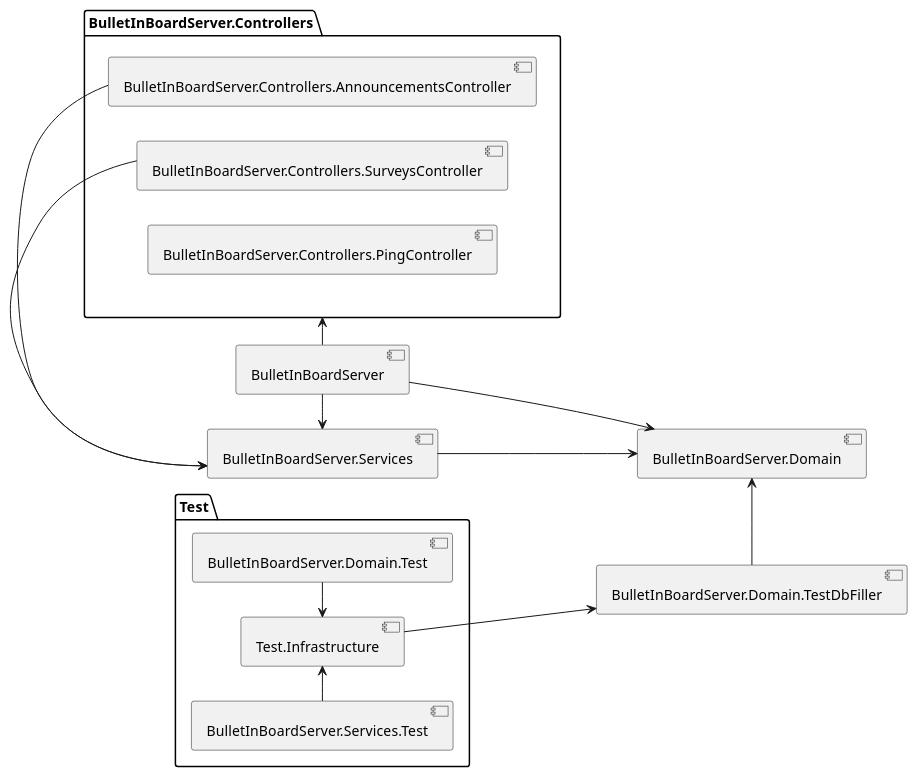
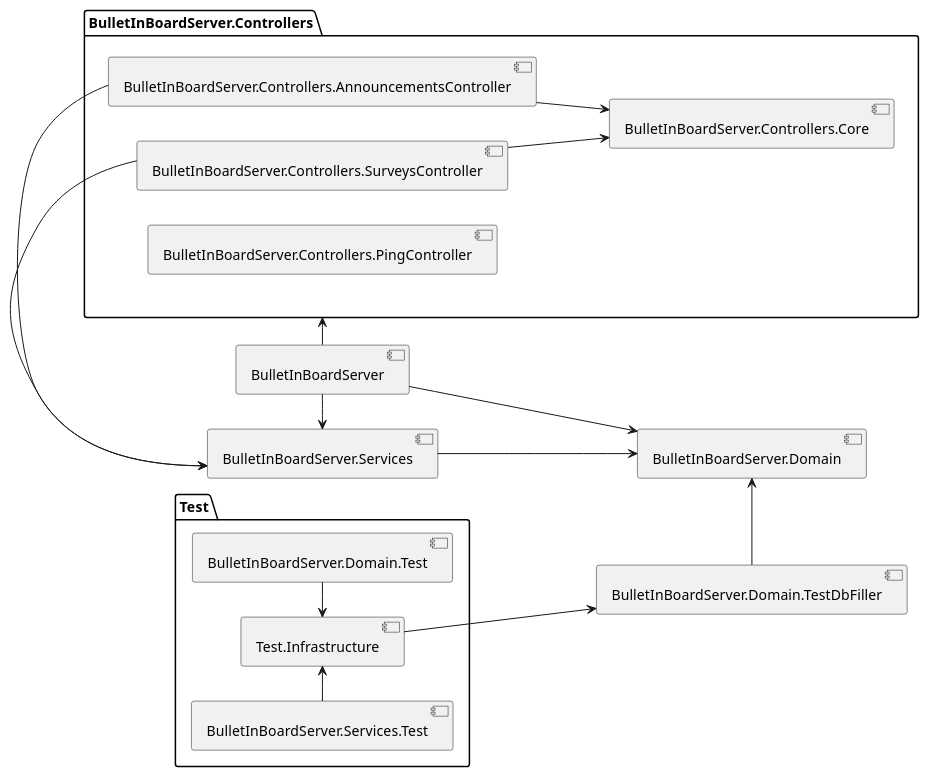
The diagram in src/BulletInBoardServer/BulletInBoardServer/project-structure.puml (astu-app/ASTU-Bulletin-Board-Server), drawn with PlantUML before and after one commit. The commit also changed 52 other files, not shown here.

```diff
--- a/src/BulletInBoardServer/BulletInBoardServer/project-structure.puml
+++ b/src/BulletInBoardServer/BulletInBoardServer/project-structure.puml
@@ -1,35 +1,40 @@
 @startuml
 'https://plantuml.com/component-diagram
 
 left to right direction
 
 [BulletInBoardServer] as main
 [BulletInBoardServer.Services] as services
 [BulletInBoardServer.Domain] as domain
 [BulletInBoardServer.Domain.TestDbFiller] as testDbFiller
 
 package "BulletInBoardServer.Controllers" as controllers {
+    [BulletInBoardServer.Controllers.Core] as controllerCore
     [BulletInBoardServer.Controllers.AnnouncementsController] as announcementsController
     [BulletInBoardServer.Controllers.SurveysController] as surveysController
     [BulletInBoardServer.Controllers.PingController] as pingController
 }
 
 package "Test" as test {
     [Test.Infrastructure] as testInfrastructure
     [BulletInBoardServer.Domain.Test] as domainTest
     [BulletInBoardServer.Services.Test] as servicesTest
 } 
 
 main                    -> controllers
 main                    -> services
 main                    -> domain
+
 announcementsController -> services
 surveysController       -> services
+announcementsController -down-> controllerCore
+surveysController       -down-> controllerCore
+
 services                --> domain
 testDbFiller            -left-> domain
 
 testInfrastructure      --> testDbFiller
 domainTest              -left-> testInfrastructure
 servicesTest            -right-> testInfrastructure
 
 @enduml
```
